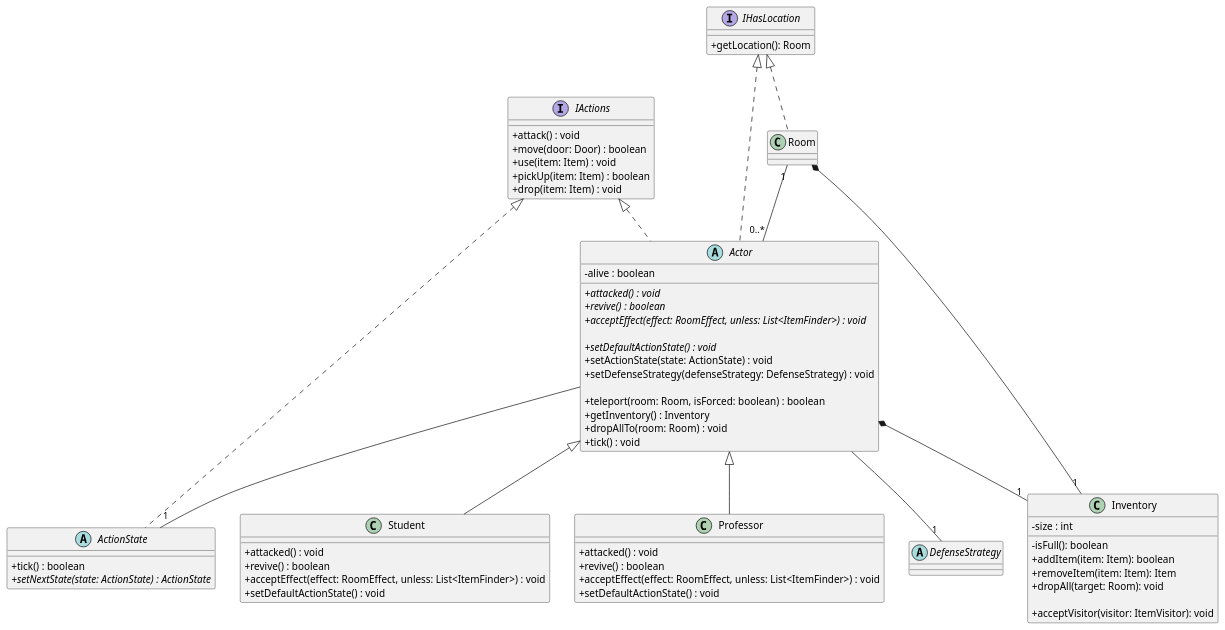
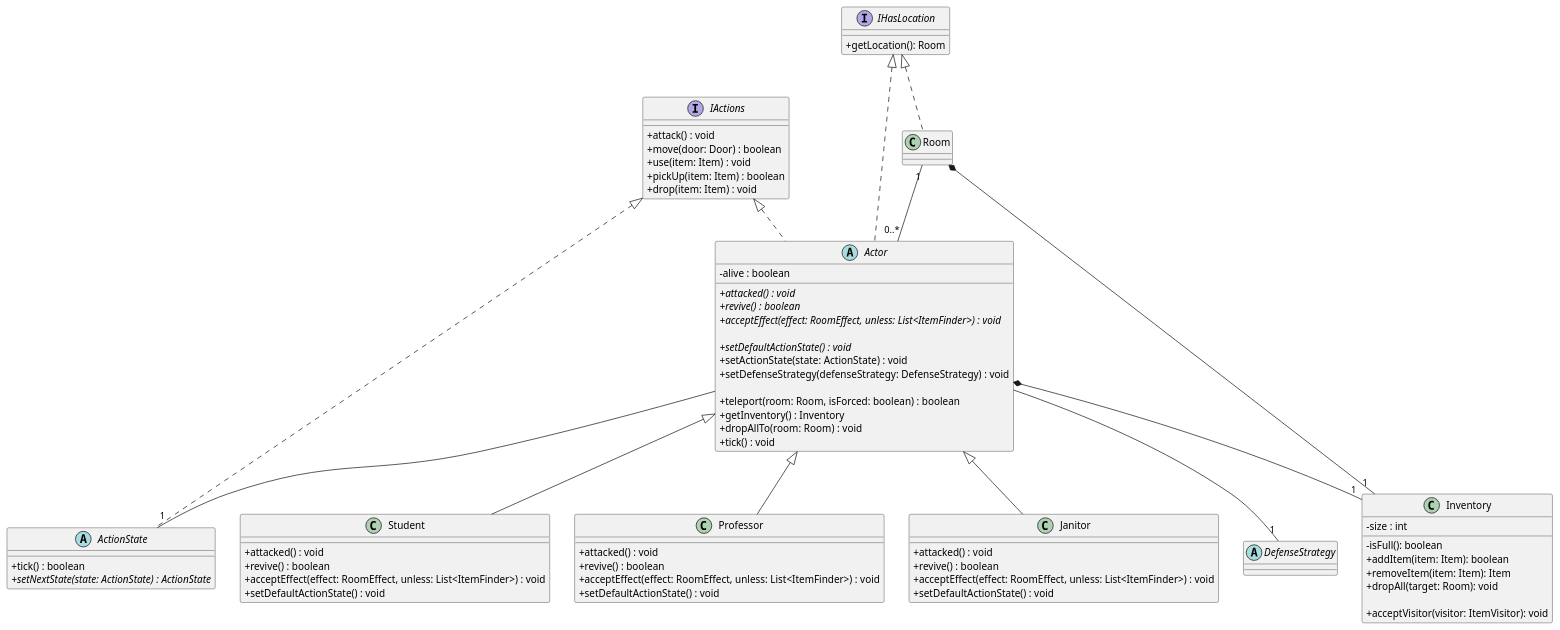
Before and after one commit to Kristof-me/Logarlec: the diagram in docs/class/Actor.puml, drawn with PlantUML. The commit also changed 5 other files, not shown here.

Commit message:
Updated class diagram

```diff
--- a/docs/class/Actor.puml
+++ b/docs/class/Actor.puml
@@ -1,98 +1,106 @@
-@startuml classDiagram
+@startuml Actor
 skinparam classAttributeIconSize 0
 
 class Inventory {
     - size : int
 
     - isFull(): boolean
     + addItem(item: Item): boolean
     + removeItem(item: Item): Item
     + dropAll(target: Room): void
 
     + acceptVisitor(visitor: ItemVisitor): void
 }
 
 
 ' azért asszociáció, mivel ettől még az item-nek van egyedi léte
 
 Actor *--"1" Inventory
 Room *-- "1" Inventory
 
 'Character ----------------------------------------
 
 abstract class Actor {
     - alive : boolean
 
     + {abstract} attacked() : void
     + {abstract} revive() : boolean
     + {abstract} acceptEffect(effect: RoomEffect, unless: List<ItemFinder>) : void
 
     + {abstract}setDefaultActionState() : void
     + setActionState(state: ActionState) : void
     + setDefenseStrategy(defenseStrategy: DefenseStrategy) : void
 
     + teleport(room: Room, isForced: boolean) : boolean
     + getInventory() : Inventory
     + dropAllTo(room: Room) : void
     + tick() : void
 }
 
 Actor -- "1" ActionState
 Actor -- "1" DefenseStrategy
 
 class Student {
     + attacked() : void
     + revive() : boolean
     + acceptEffect(effect: RoomEffect, unless: List<ItemFinder>) : void
     + setDefaultActionState() : void
 }
 
 Actor <|-- Student
 
 class Professor {
     + attacked() : void
     + revive() : boolean
     + acceptEffect(effect: RoomEffect, unless: List<ItemFinder>) : void
     + setDefaultActionState() : void
 }
 
 Actor <|-- Professor
 
+class Janitor {
+    + attacked() : void
+    + revive() : boolean
+    + acceptEffect(effect: RoomEffect, unless: List<ItemFinder>) : void
+    + setDefaultActionState() : void
+}
+Actor <|-- Janitor
+
 
 class Room {
 }
 
 
 Room "1" -- "0..*" Actor 
 
 interface IHasLocation {
     + getLocation(): Room
 }
 
 IHasLocation <|.. Room
 IHasLocation <|.. Actor
 
 
 'State --------------------------------------------
 interface IActions {
     + attack() : void
     + move(door: Door) : boolean
     + use(item: Item) : void
     + pickUp(item: Item) : boolean
     + drop(item: Item) : void
 }
 
 abstract class ActionState {
     + tick() : boolean
     + {abstract} setNextState(state: ActionState) : ActionState
 }
 
 IActions <|.. ActionState
 
 IActions <|.. Actor
 'Strategy -----------------------------------
 abstract class DefenseStrategy {
 
 }
 
 @enduml
```
